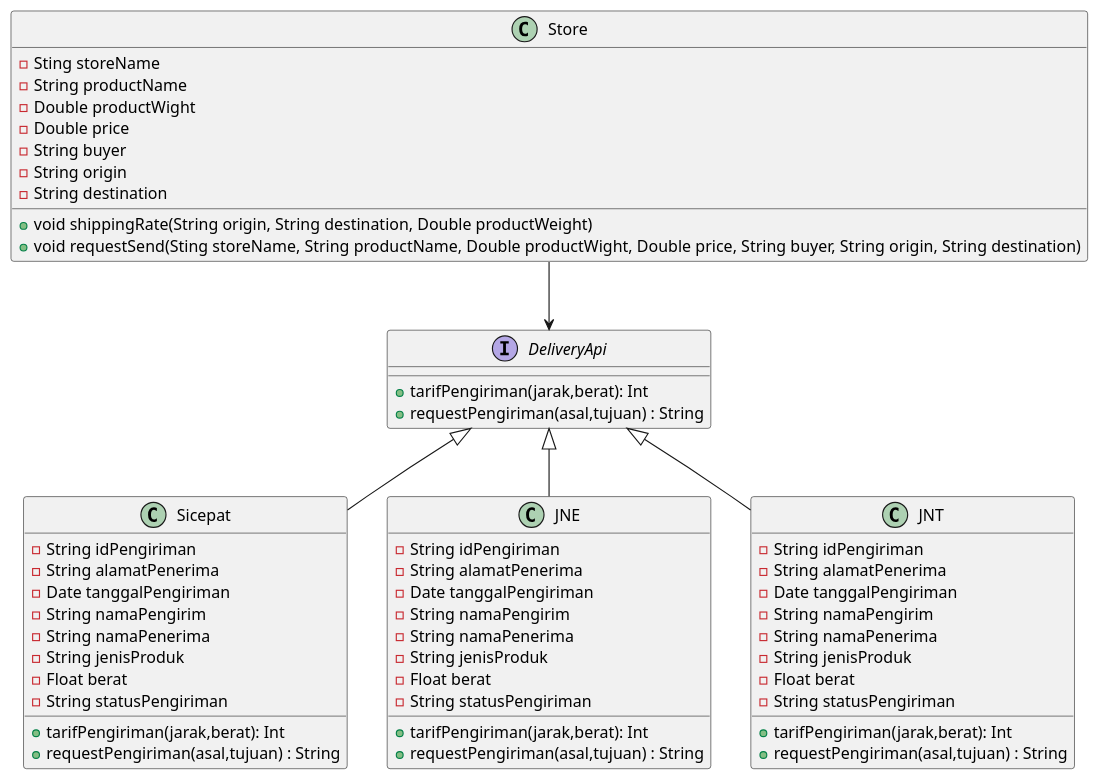
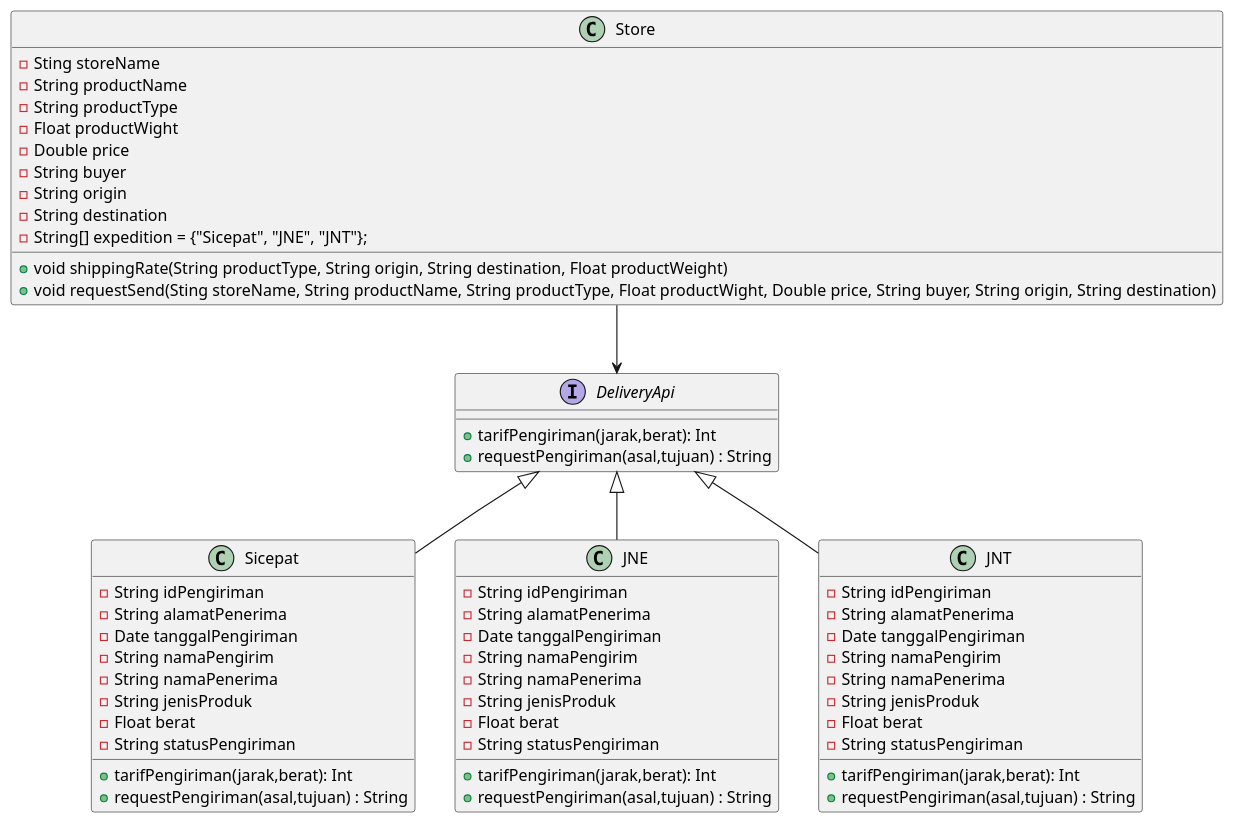
One commit to farhanzakiputra/pbpu-a-2022 changed the diagram in Kelompok 4/UML kelompok 4/UML Class Diagram Ecommerce.puml. Above: the diagram before and after it, drawn with PlantUML. The commit also changed 1 other file, not shown here.

Commit message:
update atribute & update methode class store + update description store

```diff
--- a/Kelompok 4/UML kelompok 4/UML Class Diagram Ecommerce.puml
+++ b/Kelompok 4/UML kelompok 4/UML Class Diagram Ecommerce.puml
@@ -1,70 +1,72 @@
 @startuml E-commerce
 ' diagram style
 
 ' diagram relation
 DeliveryApi <|-- Sicepat
 DeliveryApi <|-- JNE
 DeliveryApi <|-- JNT
 Store --> DeliveryApi
 
 class Store{
   -Sting storeName
   -String productName
-  -Double productWight
+  -String productType
+  -Float productWight
   -Double price
   -String buyer
   -String origin
   -String destination
+  -String[] expedition = {"Sicepat", "JNE", "JNT"};
 
-  +void shippingRate(String origin, String destination, Double productWeight)
-  +void requestSend(Sting storeName, String productName, Double productWight, Double price, String buyer, String origin, String destination)
+  +void shippingRate(String productType, String origin, String destination, Float productWeight)
+  +void requestSend(Sting storeName, String productName, String productType, Float productWight, Double price, String buyer, String origin, String destination)
 }
 
 interface DeliveryApi{
     +tarifPengiriman(jarak,berat): Int
     +requestPengiriman(asal,tujuan) : String
 }
 
 Class Sicepat{
     -String idPengiriman
 	  -String alamatPenerima
 	  -Date tanggalPengiriman
 	  -String namaPengirim 
 	  -String namaPenerima
 	  -String jenisProduk
 	  -Float berat
 	  -String statusPengiriman
   
     +tarifPengiriman(jarak,berat): Int
     +requestPengiriman(asal,tujuan) : String
 }
 
 Class JNE{
     -String idPengiriman
 	  -String alamatPenerima
 	  -Date tanggalPengiriman
 	  -String namaPengirim 
 	  -String namaPenerima
 	  -String jenisProduk
   	-Float berat
   	-String statusPengiriman
   
     +tarifPengiriman(jarak,berat): Int
     +requestPengiriman(asal,tujuan) : String
 }
 
 Class JNT{
     -String idPengiriman
 	  -String alamatPenerima
 	  -Date tanggalPengiriman
 	  -String namaPengirim 
 	  -String namaPenerima
 	  -String jenisProduk
 	  -Float berat
 	  -String statusPengiriman
   
     +tarifPengiriman(jarak,berat): Int
     +requestPengiriman(asal,tujuan) : String
 }
 
 @enduml
```
